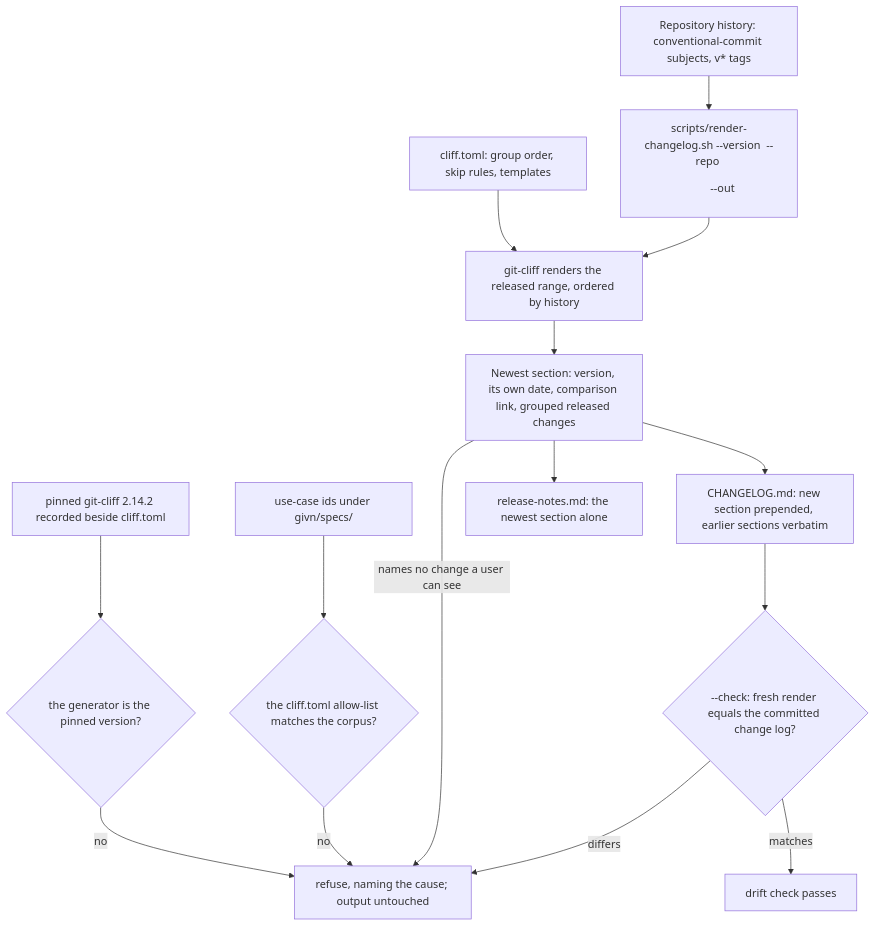
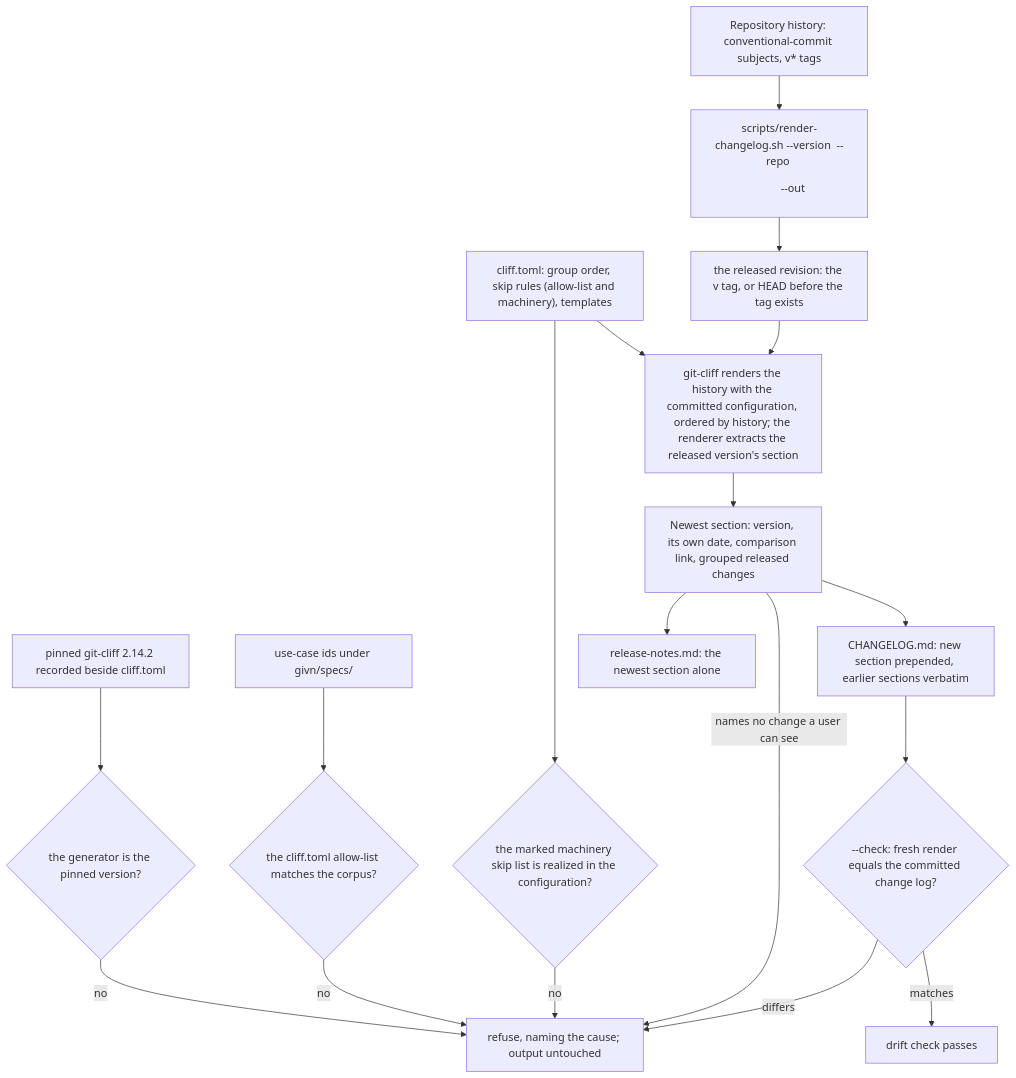
The fifth of 6 diagrams in docs/arc42/06-runtime-view.md (duty2cal/duty2cal), drawn with Mermaid before and after one commit. The commit also changed other lines of this file and 5 other files, not shown here.

````diff
--- a/docs/arc42/06-runtime-view.md
+++ b/docs/arc42/06-runtime-view.md
@@ -119,17 +119,20 @@
 ```mermaid
 flowchart TB
   hist["Repository history: conventional-commit subjects, v* tags"] --> render["scripts/render-changelog.sh --version <v> --repo <dir> --out <path>"]
   pin["pinned git-cliff 2.14.2 recorded beside cliff.toml"] --> tool{"the generator is the pinned version?"}
   corpus["use-case ids under givn/specs/"] --> allow{"the cliff.toml allow-list matches the corpus?"}
-  config["cliff.toml: group order, skip rules, templates"] --> cliff
+  config["cliff.toml: group order, skip rules (allow-list and machinery), templates"] --> cliff
+  config --> machinery{"the marked machinery skip list is realized in the configuration?"}
   tool -->|"no"| refuse["refuse, naming the cause; output untouched"]
   allow -->|"no"| refuse
-  render --> cliff["git-cliff renders the released range, ordered by history"]
+  machinery -->|"no"| refuse
+  render --> released["the released revision: the v<version> tag, or HEAD before the tag exists"]
+  released --> cliff["git-cliff renders the history with the committed configuration, ordered by history; the renderer extracts the released version's section"]
   cliff --> sect["Newest section: version, its own date, comparison link, grouped released changes"]
   sect -->|"names no change a user can see"| refuse
   sect --> log["CHANGELOG.md: new section prepended, earlier sections verbatim"]
   sect --> text["release-notes.md: the newest section alone"]
   log --> drift{"--check: fresh render equals the committed change log?"}
   drift -->|"differs"| refuse
   drift -->|"matches"| ok["drift check passes"]
 ```
````
